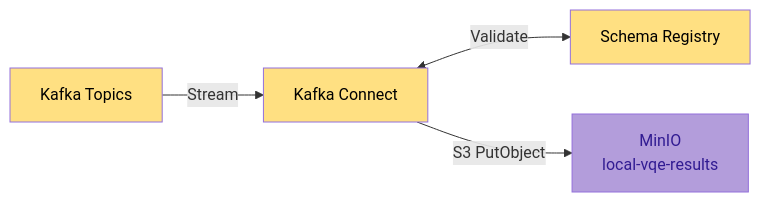
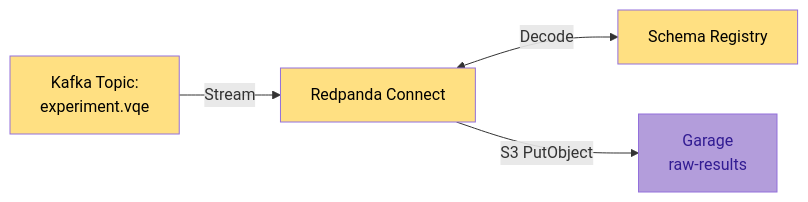
Before and after one commit to straightchlorine/quantum-pipeline: the fourth of 7 diagrams in docs/architecture/system-design.md, drawn with Mermaid. The commit also changed other lines of this file and 146 other files, not shown here.

````diff
--- a/docs/architecture/system-design.md
+++ b/docs/architecture/system-design.md
@@ -423,11 +151,11 @@
 ```mermaid
 graph LR
-    K[Kafka Topics] -->|Stream| KC[Kafka Connect]
-    KC <-->|Validate| SR[Schema Registry]
-    KC -->|S3 PutObject| MINIO[MinIO<br/>local-vqe-results]
+    K[Kafka Topic:<br/>experiment.vqe] -->|Stream| RC[Redpanda Connect]
+    RC <-->|Decode| SR[Schema Registry]
+    RC -->|S3 PutObject| GARAGE[Garage<br/>raw-results]
 
     style K fill:#ffe082,color:#000
-    style KC fill:#ffe082,color:#000
+    style RC fill:#ffe082,color:#000
     style SR fill:#ffe082,color:#000
-    style MINIO fill:#b39ddb,color:#311b92
+    style GARAGE fill:#b39ddb,color:#311b92
 ```
````
